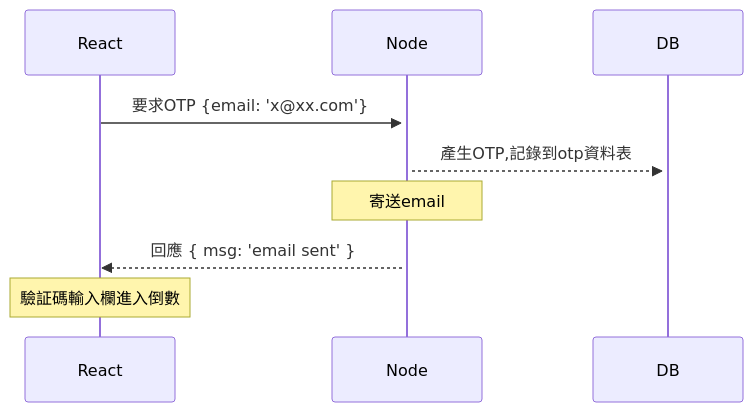
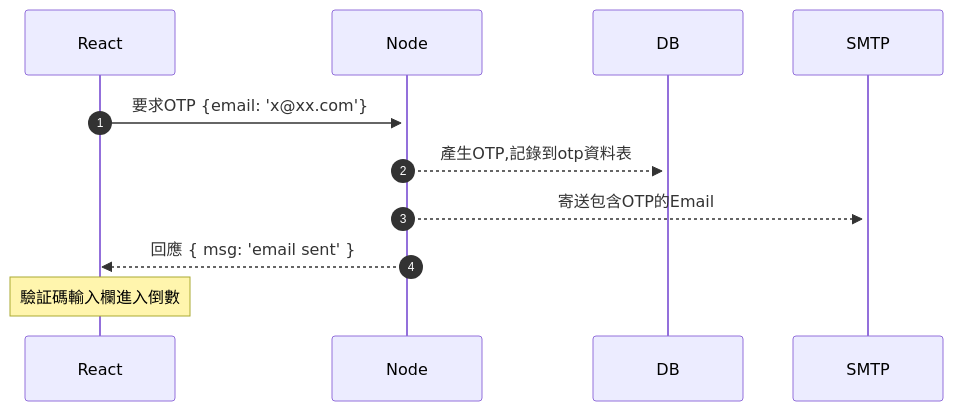
Before and after one commit to sd918207458/board-buddy-express: the second of 3 diagrams in docs/otp.md, drawn with Mermaid. The commit also changed other lines of this file and 3 other files, not shown here.

````diff
--- a/docs/otp.md
+++ b/docs/otp.md
@@ -39,8 +39,9 @@
 ```mermaid
 sequenceDiagram
+    autonumber
     React->>+Node: 要求OTP {email: 'x@xx.com'}
     Node-->>+DB: 產生OTP,記錄到otp資料表
-    Note over Node: 寄送email
+    Node-->>+SMTP: 寄送包含OTP的Email
     Node-->>React: 回應 { msg: 'email sent' }
     Note over React: 驗証碼輸入欄進入倒數
 ```
````
